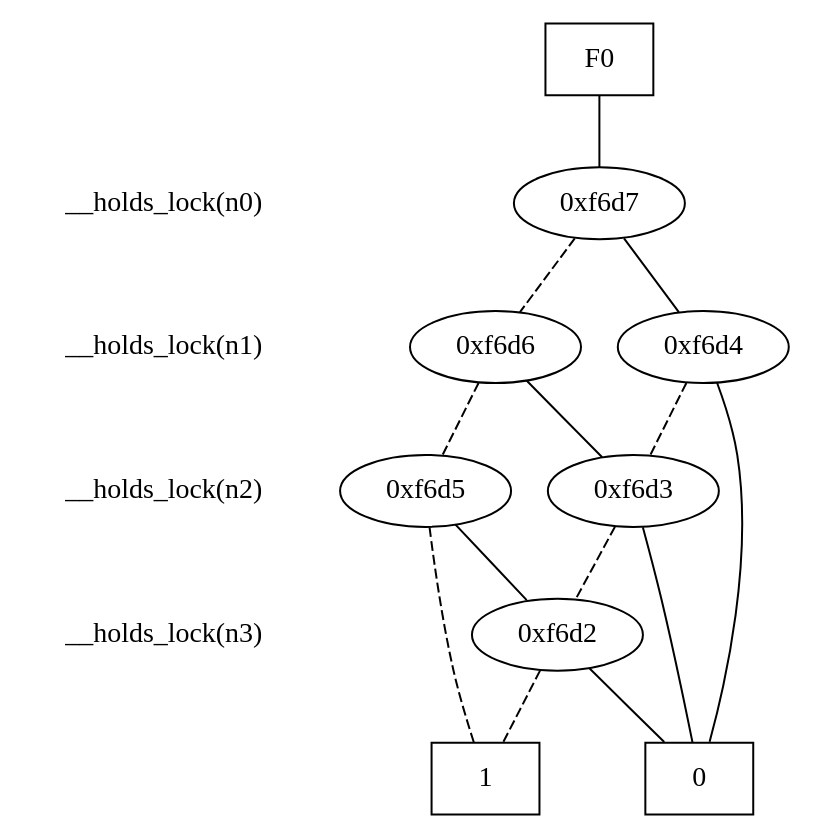
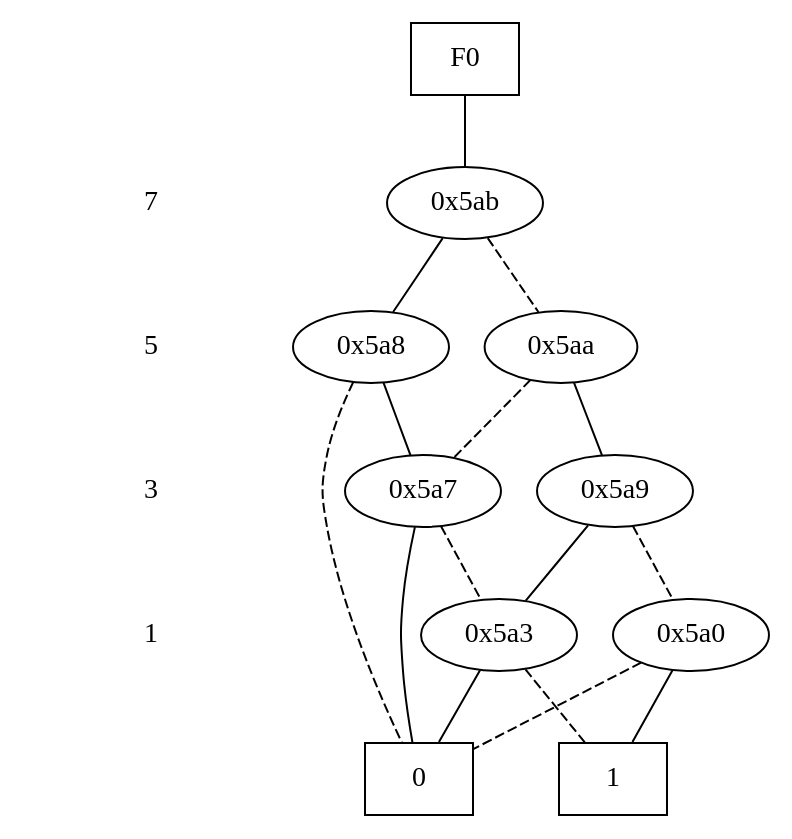
The diagram in out.dot (stschaef/ic3po), drawn with Graphviz before and after one commit. The commit also changed other lines of this file and 2 other files, not shown here.

```diff
--- a/out.dot
+++ b/out.dot
@@ -1,46 +1,49 @@
 digraph "DD" {
 size = "7.5,10"
 center = true;
 edge [dir = none];
 { node [shape = plaintext];
   edge [style = invis];
   "CONST NODES" [style = invis];
-" __holds_lock(n0) " -> " __holds_lock(n1) " -> " __holds_lock(n2) " -> " __holds_lock(n3) " -> "CONST NODES"; 
+" 7 " -> " 5 " -> " 3 " -> " 1 " -> "CONST NODES"; 
 }
 { rank = same; node [shape = box]; edge [style = invis];
 "F0"; }
-{ rank = same; " __holds_lock(n0) ";
-"0xf6d7";
+{ rank = same; " 7 ";
+"0x5ab";
 }
-{ rank = same; " __holds_lock(n1) ";
-"0xf6d6";
-"0xf6d4";
+{ rank = same; " 5 ";
+"0x5a8";
+"0x5aa";
 }
-{ rank = same; " __holds_lock(n2) ";
-"0xf6d5";
-"0xf6d3";
+{ rank = same; " 3 ";
+"0x5a7";
+"0x5a9";
 }
-{ rank = same; " __holds_lock(n3) ";
-"0xf6d2";
+{ rank = same; " 1 ";
+"0x5a3";
+"0x5a0";
 }
 { rank = same; "CONST NODES";
-{ node [shape = box]; "0xb68";
-"0xb67";
+{ node [shape = box]; "0x3ce";
+"0x3cd";
 }
 }
-"F0" -> "0xf6d7" [style = solid];
-"0xf6d7" -> "0xf6d4";
-"0xf6d7" -> "0xf6d6" [style = dashed];
-"0xf6d6" -> "0xf6d3";
-"0xf6d6" -> "0xf6d5" [style = dashed];
-"0xf6d4" -> "0xb68";
-"0xf6d4" -> "0xf6d3" [style = dashed];
-"0xf6d5" -> "0xf6d2";
-"0xf6d5" -> "0xb67" [style = dashed];
-"0xf6d3" -> "0xb68";
-"0xf6d3" -> "0xf6d2" [style = dashed];
-"0xf6d2" -> "0xb68";
-"0xf6d2" -> "0xb67" [style = dashed];
-"0xb68" [label = "0"];
-"0xb67" [label = "1"];
+"F0" -> "0x5ab" [style = solid];
+"0x5ab" -> "0x5a8";
+"0x5ab" -> "0x5aa" [style = dashed];
+"0x5a8" -> "0x5a7";
+"0x5a8" -> "0x3ce" [style = dashed];
+"0x5aa" -> "0x5a9";
+"0x5aa" -> "0x5a7" [style = dashed];
+"0x5a7" -> "0x3ce";
+"0x5a7" -> "0x5a3" [style = dashed];
+"0x5a9" -> "0x5a3";
+"0x5a9" -> "0x5a0" [style = dashed];
+"0x5a3" -> "0x3ce";
+"0x5a3" -> "0x3cd" [style = dashed];
+"0x5a0" -> "0x3cd";
+"0x5a0" -> "0x3ce" [style = dashed];
+"0x3ce" [label = "0"];
+"0x3cd" [label = "1"];
 }
```
